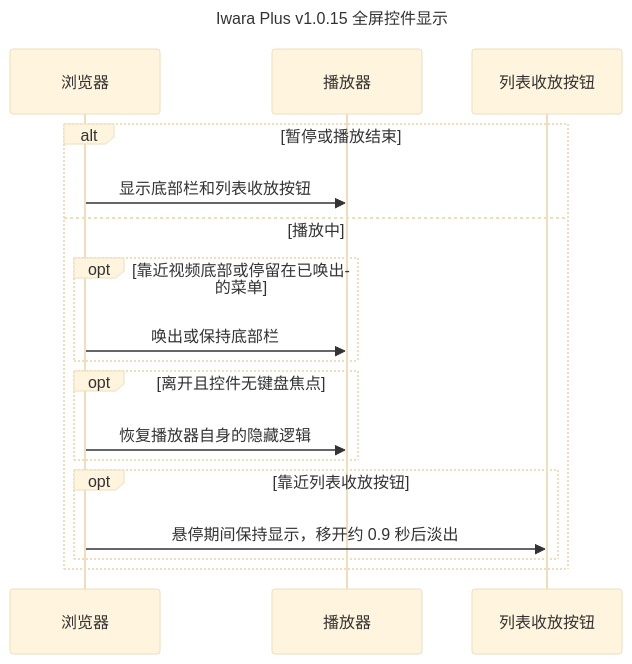
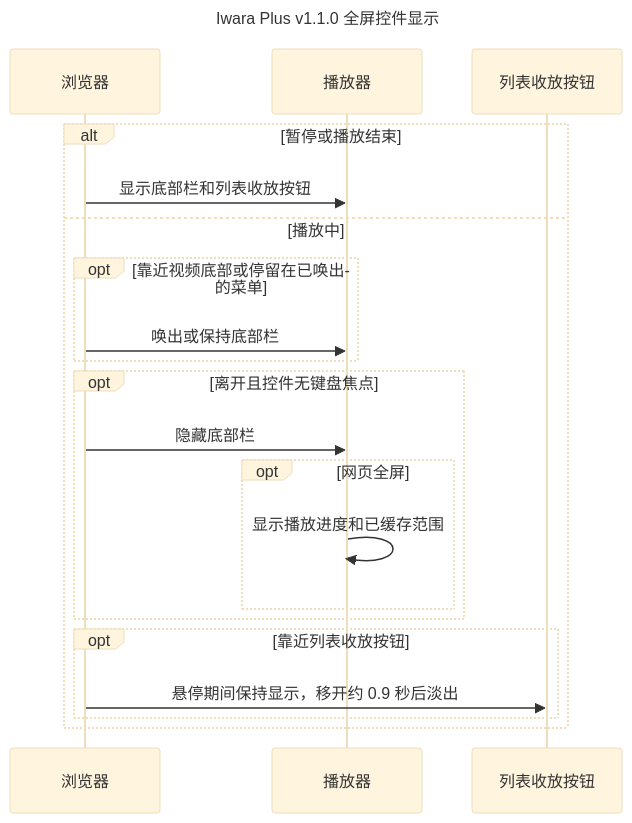
One commit to lhYanghc/iwara-plus changed the sixth of 6 diagrams in docs/architecture.zh-CN.md. Above: the diagram before and after it, drawn with Mermaid (base theme). The commit also changed other lines of this file and 9 other files, not shown here.

````diff
--- a/docs/architecture.zh-CN.md
+++ b/docs/architecture.zh-CN.md
@@ -193,22 +197,25 @@
 ```mermaid
 ---
-title: Iwara Plus v1.0.15 全屏控件显示
+title: Iwara Plus v1.1.0 全屏控件显示
 ---
 sequenceDiagram
     participant B as 浏览器
     participant P as 播放器
     participant S as 列表收放按钮
     alt 暂停或播放结束
         B->>P: 显示底部栏和列表收放按钮
     else 播放中
         opt 靠近视频底部或停留在已唤出的菜单
             B->>P: 唤出或保持底部栏
         end
         opt 离开且控件无键盘焦点
-            B->>P: 恢复播放器自身的隐藏逻辑
+            B->>P: 隐藏底部栏
+            opt 网页全屏
+                P->>P: 显示播放进度和已缓存范围
+            end
         end
         opt 靠近列表收放按钮
             B->>S: 悬停期间保持显示，移开约 0.9 秒后淡出
         end
     end
 ```
````
